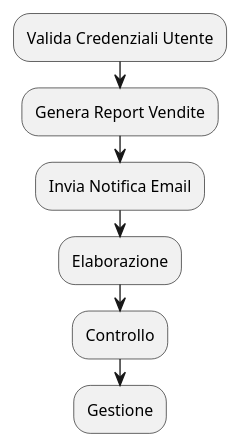
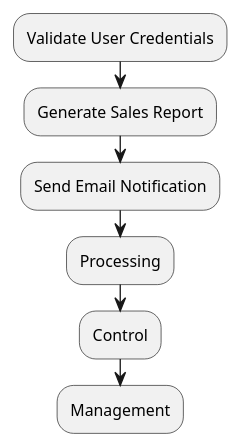
Diagram 14 of 25 in 03-behavioral-diagrams/activity-diagrams/README.md (Seniorsimo/sas-template), drawn with PlantUML before and after one commit. The commit also changed other lines of this file and 49 other files, not shown here.

````diff
--- a/03-behavioral-diagrams/activity-diagrams/README.md
+++ b/03-behavioral-diagrams/activity-diagrams/README.md
@@ -219,11 +219,11 @@
 ```plantuml
-' ✅ Verbi d'azione chiari
-:Valida Credenziali Utente;
-:Genera Report Vendite;
-:Invia Notifica Email;
+' ✅ Clear action verbs
+:Validate User Credentials;
+:Generate Sales Report;
+:Send Email Notification;
 
-' ❌ Nomi vaghi
-:Elaborazione;
-:Controllo;
-:Gestione;
+' ❌ Vague names
+:Processing;
+:Control;
+:Management;
 ```
````
